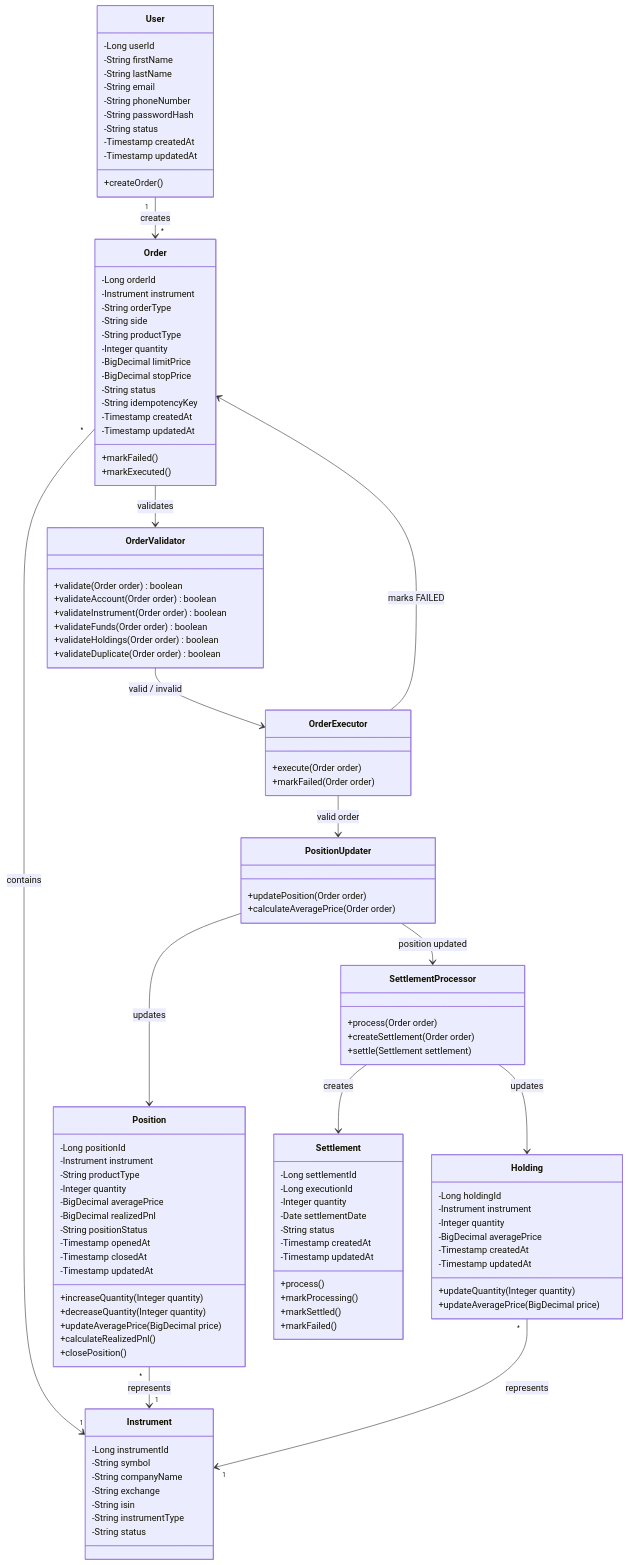
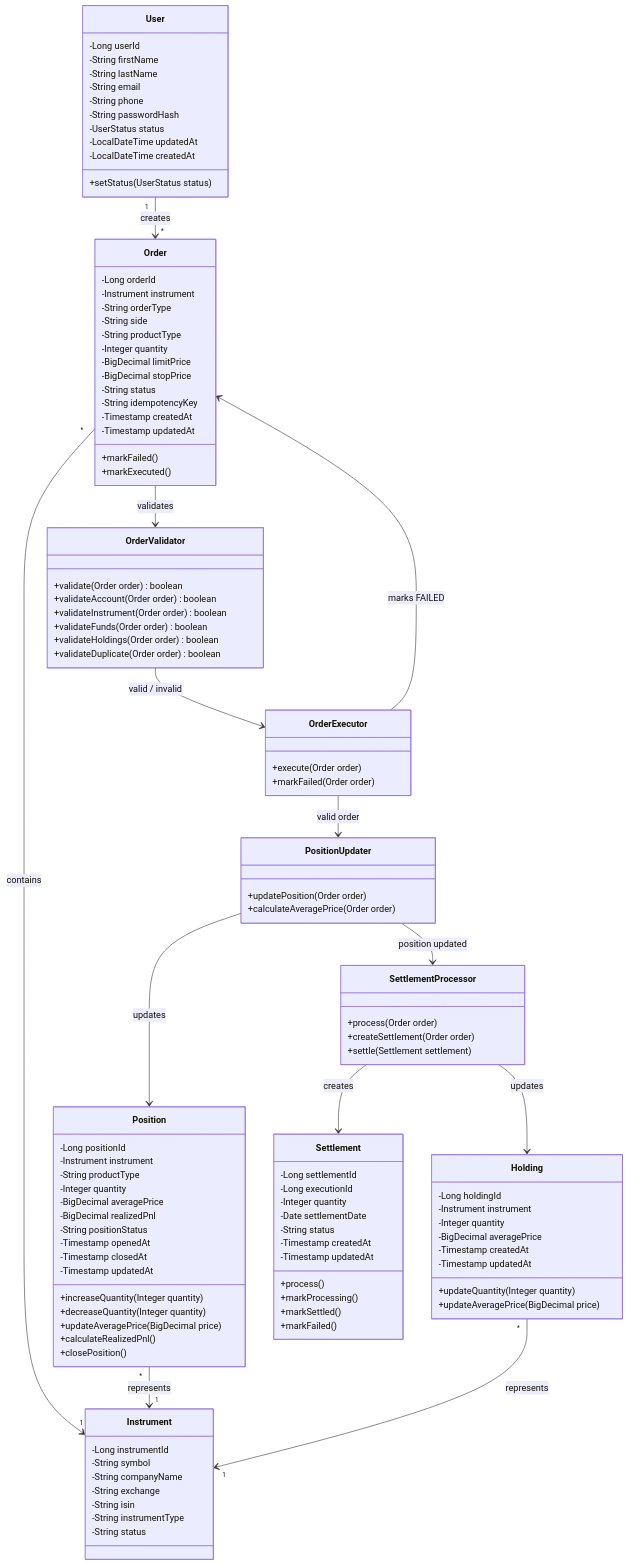
One commit to keerk2k4/Trading-System changed the diagram in sprint05/Sprint05-work/Class-Diagram.mmd. Above: the diagram before and after it, drawn with Mermaid.

Commit message:
Update Class Diagram

```diff
--- a/sprint05/Sprint05-work/Class-Diagram.mmd
+++ b/sprint05/Sprint05-work/Class-Diagram.mmd
@@ -1,192 +1,192 @@
 classDiagram
 
     %% =========================
     %% USER
     %% =========================
 
     class User {
         -Long userId
         -String firstName
         -String lastName
         -String email
-        -String phoneNumber
+        -String phone
         -String passwordHash
-        -String status
-        -Timestamp createdAt
-        -Timestamp updatedAt
-        +createOrder()
+        -UserStatus status
+        -LocalDateTime updatedAt
+        -LocalDateTime createdAt
+        +setStatus(UserStatus status)
     }
 
 
     %% =========================
     %% ORDER
     %% =========================
 
     class Order {
         -Long orderId
         -Instrument instrument
         -String orderType
         -String side
         -String productType
         -Integer quantity
         -BigDecimal limitPrice
         -BigDecimal stopPrice
         -String status
         -String idempotencyKey
         -Timestamp createdAt
         -Timestamp updatedAt
         +markFailed()
         +markExecuted()
     }
 
 
     %% =========================
     %% INSTRUMENT
     %% =========================
 
     class Instrument {
         -Long instrumentId
         -String symbol
         -String companyName
         -String exchange
         -String isin
         -String instrumentType
         -String status
     }
 
 
     %% =========================
     %% ORDER VALIDATOR
     %% =========================
 
     class OrderValidator {
         +validate(Order order) boolean
         +validateAccount(Order order) boolean
         +validateInstrument(Order order) boolean
         +validateFunds(Order order) boolean
         +validateHoldings(Order order) boolean
         +validateDuplicate(Order order) boolean
     }
 
 
     %% =========================
     %% ORDER EXECUTOR
     %% =========================
 
     class OrderExecutor {
         +execute(Order order)
         +markFailed(Order order)
     }
 
 
     %% =========================
     %% POSITION UPDATER
     %% =========================
 
     class PositionUpdater {
         +updatePosition(Order order)
         +calculateAveragePrice(Order order)
     }
 
 
     %% =========================
     %% POSITION
     %% =========================
 
     class Position {
         -Long positionId
         -Instrument instrument
         -String productType
         -Integer quantity
         -BigDecimal averagePrice
         -BigDecimal realizedPnl
         -String positionStatus
         -Timestamp openedAt
         -Timestamp closedAt
         -Timestamp updatedAt
         +increaseQuantity(Integer quantity)
         +decreaseQuantity(Integer quantity)
         +updateAveragePrice(BigDecimal price)
         +calculateRealizedPnl()
         +closePosition()
     }
 
 
     %% =========================
     %% SETTLEMENT PROCESSOR
     %% =========================
 
     class SettlementProcessor {
         +process(Order order)
         +createSettlement(Order order)
         +settle(Settlement settlement)
     }
 
 
     %% =========================
     %% SETTLEMENT
     %% =========================
 
     class Settlement {
         -Long settlementId
         -Long executionId
         -Integer quantity
         -Date settlementDate
         -String status
         -Timestamp createdAt
         -Timestamp updatedAt
         +process()
         +markProcessing()
         +markSettled()
         +markFailed()
     }
 
 
     %% =========================
     %% HOLDING
     %% =========================
 
     class Holding {
         -Long holdingId
         -Instrument instrument
         -Integer quantity
         -BigDecimal averagePrice
         -Timestamp createdAt
         -Timestamp updatedAt
         +updateQuantity(Integer quantity)
         +updateAveragePrice(BigDecimal price)
     }
 
 
     %% =========================
     %% DOMAIN RELATIONSHIPS
     %% =========================
 
     User "1" --> "*" Order : creates
 
     Order "*" --> "1" Instrument : contains
 
     Position "*" --> "1" Instrument : represents
 
     Holding "*" --> "1" Instrument : represents
 
 
     %% =========================
     %% PROCESSING FLOW
     %% =========================
 
     Order --> OrderValidator : validates
 
     OrderValidator --> OrderExecutor : valid / invalid
 
     OrderExecutor --> PositionUpdater : valid order
 
     PositionUpdater --> Position : updates
 
     PositionUpdater --> SettlementProcessor : position updated
 
     SettlementProcessor --> Settlement : creates
 
     SettlementProcessor --> Holding : updates
 
     OrderExecutor --> Order : marks FAILED
```
